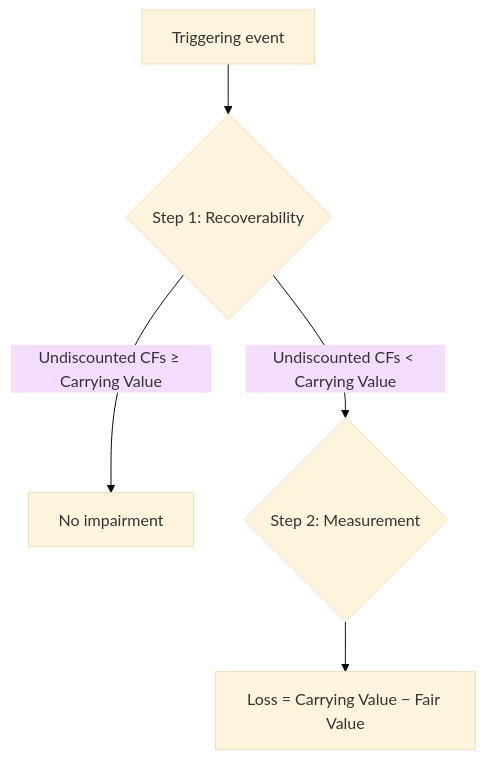
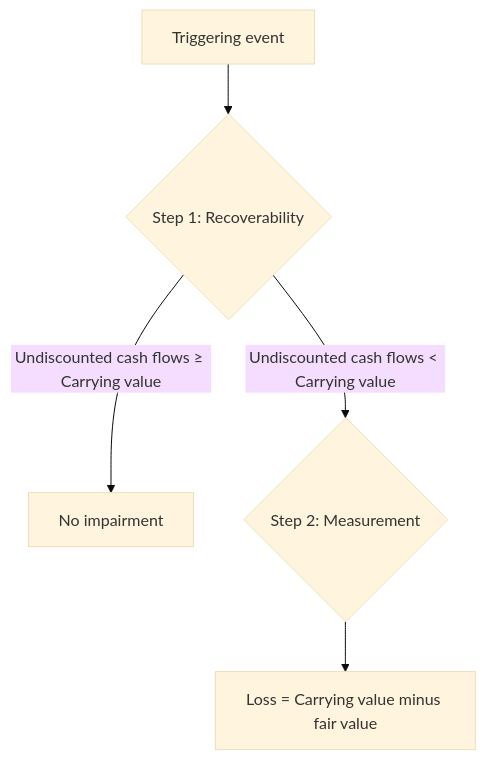
The first of 2 diagrams in docs/far/assets/intangible-assets.md (subwaymatch/cpabear-book), drawn with Mermaid (base theme) before and after one commit. The commit also changed other lines of this file and 222 other files, not shown here.

````diff
--- a/docs/far/assets/intangible-assets.md
+++ b/docs/far/assets/intangible-assets.md
@@ -76,7 +78,7 @@
 ```mermaid
 graph TD
     A[Triggering event] --> B{Step 1: Recoverability}
-    B -->|Undiscounted CFs ≥ Carrying Value| C[No impairment]
-    B -->|Undiscounted CFs < Carrying Value| D{Step 2: Measurement}
-    D --> E[Loss = Carrying Value − Fair Value]
+    B -->|Undiscounted cash flows ≥ Carrying value| C[No impairment]
+    B -->|Undiscounted cash flows < Carrying value| D{Step 2: Measurement}
+    D --> E[Loss = Carrying value minus fair value]
 ```
````
